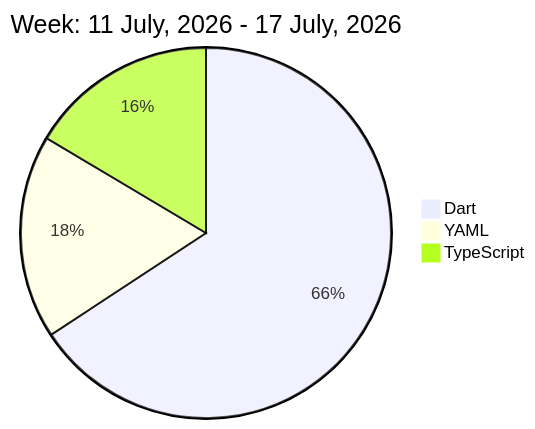
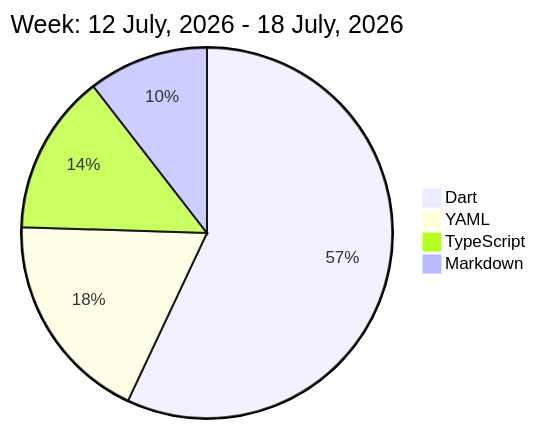
One commit to liubin95/liubin95 changed the diagram in README.md. Above: the diagram before and after it, drawn with Mermaid.

Commit message:
Updated the Graph with new Metrics

````diff
--- a/README.md
+++ b/README.md
@@ -32,7 +32,8 @@
 ```mermaid
  pie
-title Week: 11 July, 2026 - 17 July, 2026
- "Dart" : 11.9
- "YAML" : 3.22
- "TypeScript" : 2.98
+title Week: 12 July, 2026 - 18 July, 2026
+ "Dart" : 12.33
+ "YAML" : 4.0
+ "TypeScript" : 3.03
+ "Markdown" : 2.27
 ```
````
